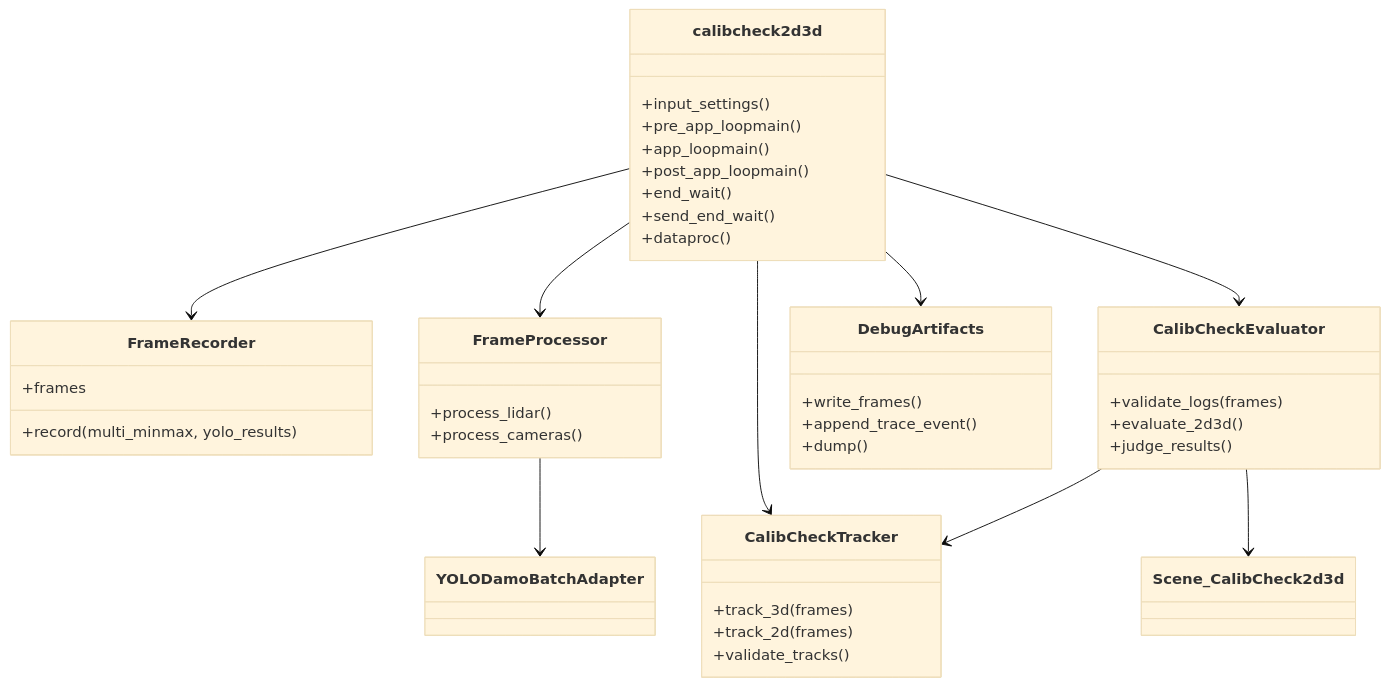
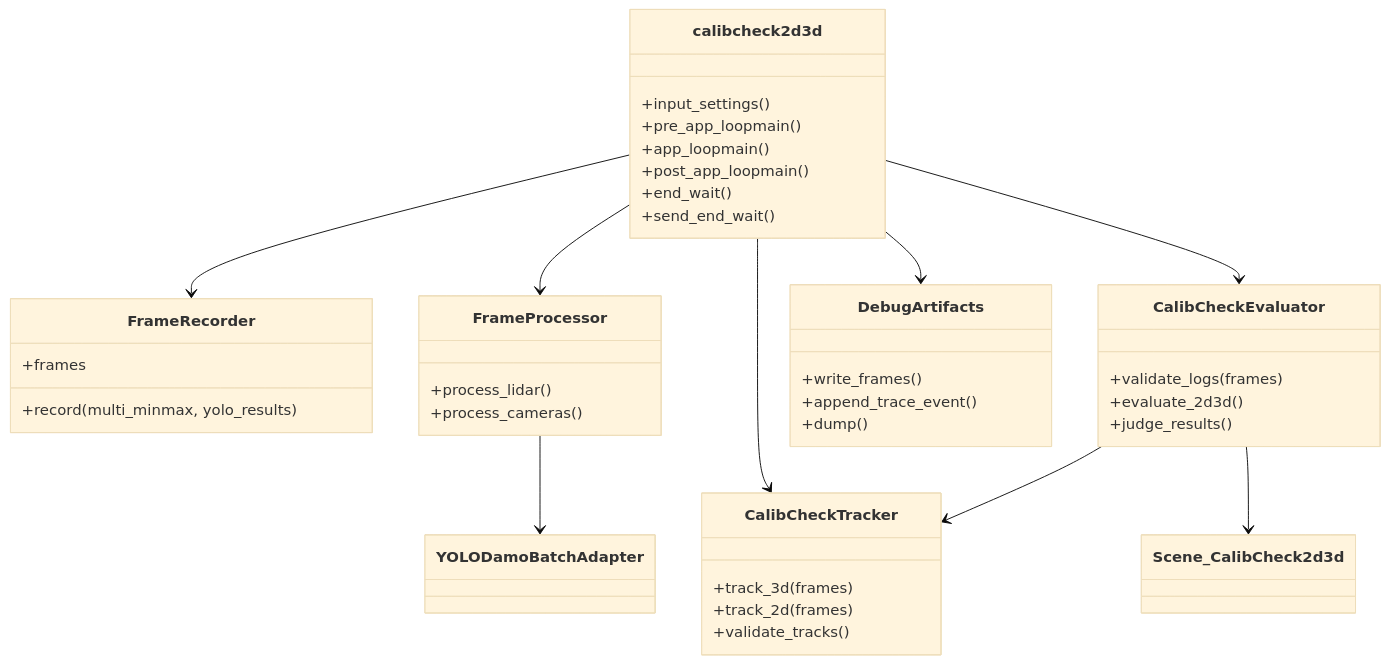
One commit to torchs52/local_calib changed the third of 3 diagrams in docs/calibcheck2d3d_refactoring_design.md. Above: the diagram before and after it, drawn with Mermaid (base theme). The commit also changed other lines of this file and 421 other files, not shown here.

````diff
--- a/docs/calibcheck2d3d_refactoring_design.md
+++ b/docs/calibcheck2d3d_refactoring_design.md
@@ -96,46 +96,45 @@
 ```mermaid
 classDiagram
     class calibcheck2d3d {
         +input_settings()
         +pre_app_loopmain()
         +app_loopmain()
         +post_app_loopmain()
         +end_wait()
         +send_end_wait()
-        +dataproc()
     }
     class FrameRecorder {
         +record(multi_minmax, yolo_results)
         +frames
     }
     class CalibCheckTracker {
         +track_3d(frames)
         +track_2d(frames)
         +validate_tracks()
     }
     class CalibCheckEvaluator {
         +validate_logs(frames)
         +evaluate_2d3d()
         +judge_results()
     }
     class FrameProcessor {
         +process_lidar()
         +process_cameras()
     }
     class DebugArtifacts {
         +write_frames()
         +append_trace_event()
         +dump()
     }
     class Scene_CalibCheck2d3d
     class YOLODamoBatchAdapter
 
     calibcheck2d3d --> FrameProcessor
     calibcheck2d3d --> FrameRecorder
     calibcheck2d3d --> CalibCheckTracker
     calibcheck2d3d --> CalibCheckEvaluator
     calibcheck2d3d --> DebugArtifacts
     FrameProcessor --> YOLODamoBatchAdapter
     CalibCheckEvaluator --> Scene_CalibCheck2d3d
     CalibCheckEvaluator --> CalibCheckTracker
 ```
````
